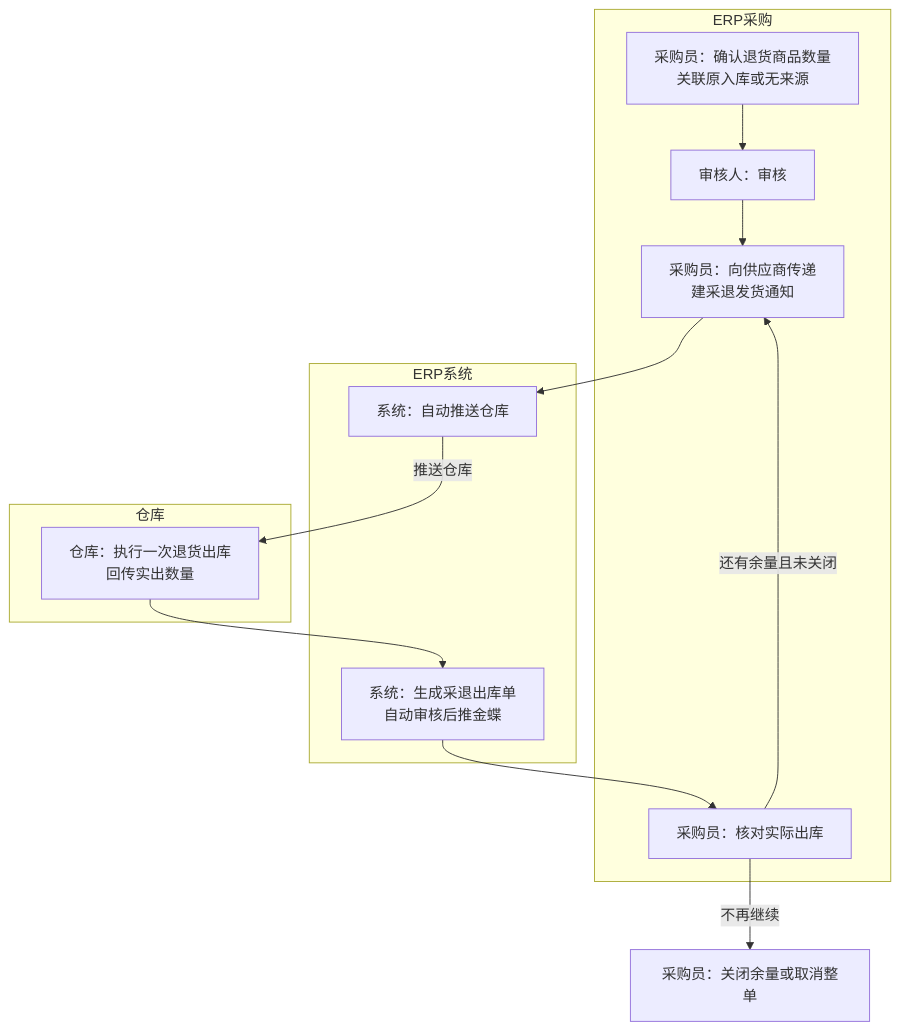
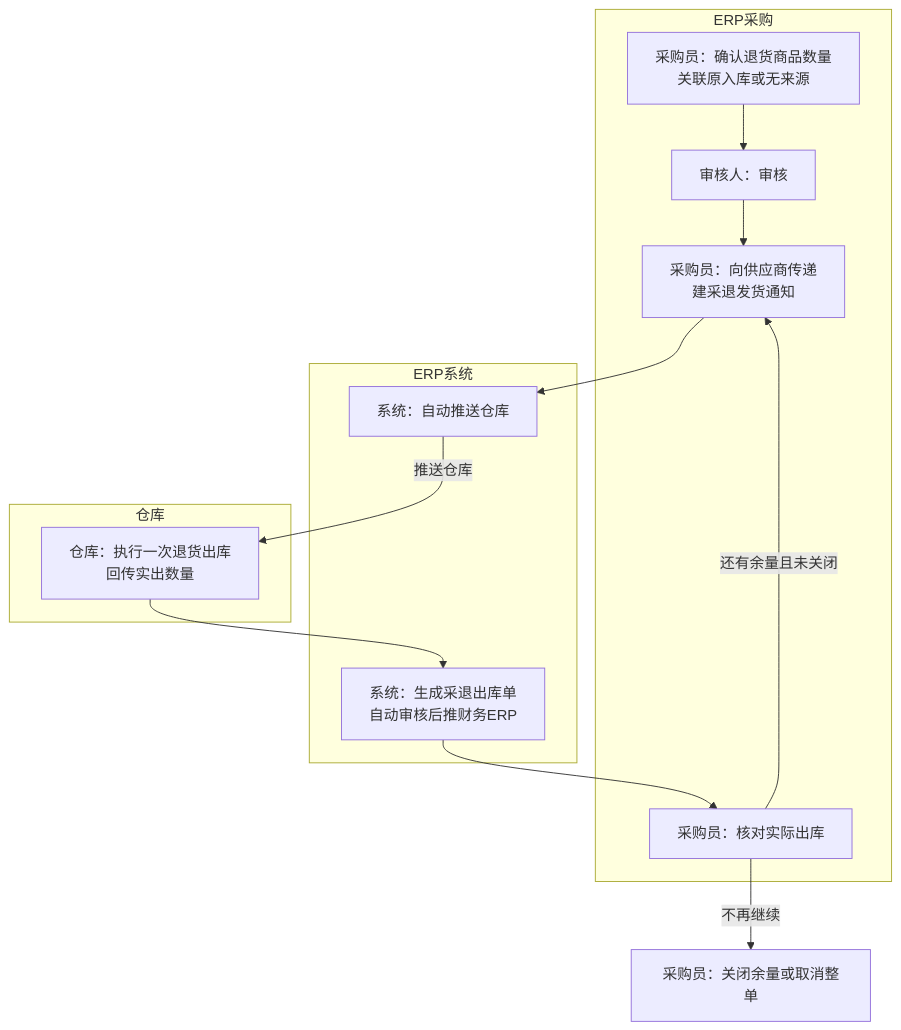
One commit to TopVitamin/QS-ERP-Project changed the second of 11 diagrams in 04-产品设计方案/20260812-ERP项目第一版框架搭建/系统架构和流程/01-系统流程与单据交互.md. Above: the diagram before and after it, drawn with Mermaid. The commit also changed other lines of this file and 354 other files, not shown here.

````diff
--- a/04-产品设计方案/20260812-ERP项目第一版框架搭建/系统架构和流程/01-系统流程与单据交互.md
+++ b/04-产品设计方案/20260812-ERP项目第一版框架搭建/系统架构和流程/01-系统流程与单据交互.md
@@ -65,21 +65,21 @@
 ```mermaid
 flowchart TB
     subgraph ERP采购
         A1[采购员：确认退货商品数量<br/>关联原入库或无来源] --> A2[审核人：审核]
         A2 --> A3[采购员：向供应商传递<br/>建采退发货通知]
         A6[采购员：核对实际出库]
     end
     subgraph ERP系统
         B1[系统：自动推送仓库]
-        B2[系统：生成采退出库单<br/>自动审核后推金蝶]
+        B2[系统：生成采退出库单<br/>自动审核后推财务ERP]
     end
     subgraph 仓库
         C1[仓库：执行一次退货出库<br/>回传实出数量]
     end
     A3 --> B1
     B1 -->|推送仓库| C1
     C1 --> B2
     B2 --> A6
     A6 -->|还有余量且未关闭| A3
     A6 -->|不再继续| A7[采购员：关闭余量或取消整单]
 ```
````
